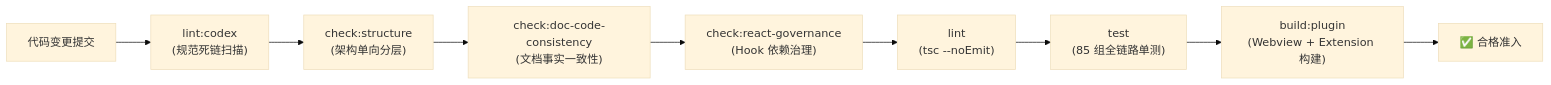
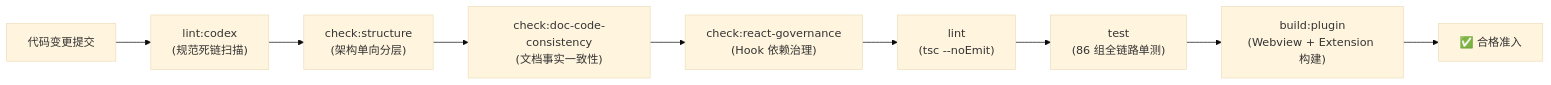
Before and after one commit to fsyyzz/OmniView-Open: the sixth of 6 diagrams in docs/architecture.md, drawn with Mermaid (base theme). The commit also changed other lines of this file and 18 other files, not shown here.

````diff
--- a/docs/architecture.md
+++ b/docs/architecture.md
@@ -217,11 +217,11 @@
 ```mermaid
 flowchart LR
     Commit["代码变更提交"] --> G1["lint:codex<br/>(规范死链扫描)"]
     G1 --> G2["check:structure<br/>(架构单向分层)"]
     G2 --> G3["check:doc-code-consistency<br/>(文档事实一致性)"]
     G3 --> G4["check:react-governance<br/>(Hook 依赖治理)"]
     G4 --> G5["lint<br/>(tsc --noEmit)"]
-    G5 --> G6["test<br/>(85 组全链路单测)"]
+    G5 --> G6["test<br/>(86 组全链路单测)"]
     G6 --> G7["build:plugin<br/>(Webview + Extension 构建)"]
     G7 --> Pass["✅ 合格准入"]
 ```
````
